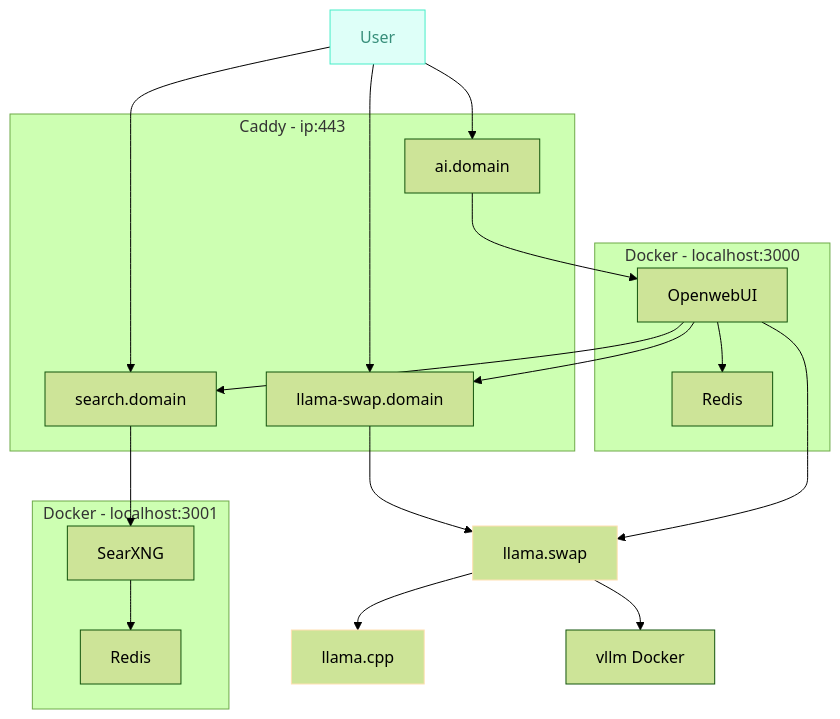
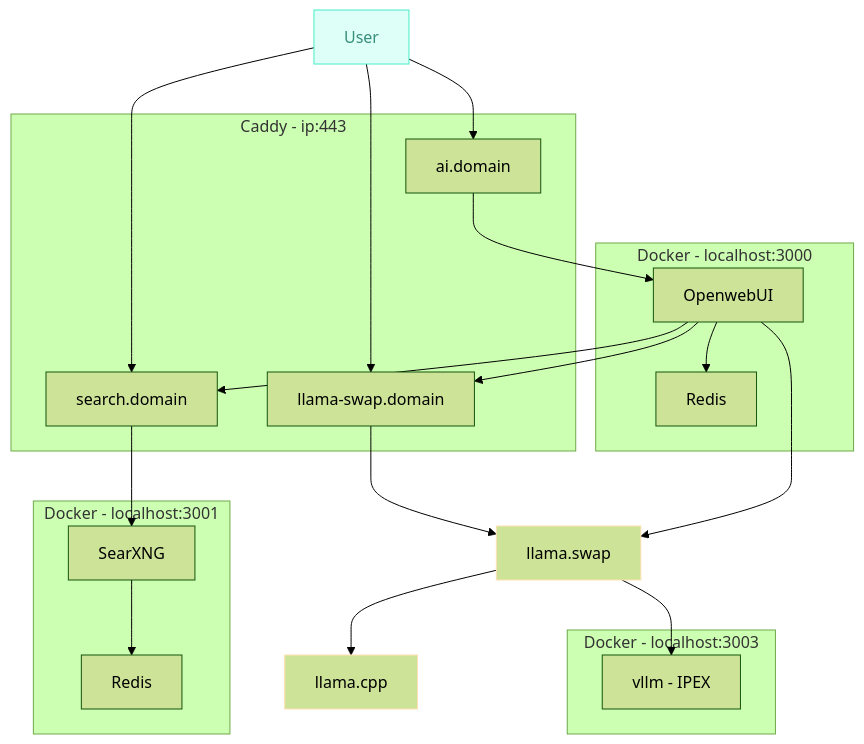
One commit to cycl00ps/ai-lab changed the diagram in README.md. Above: the diagram before and after it, drawn with Mermaid (forest theme).

````diff
--- a/README.md
+++ b/README.md
@@ -12,32 +12,35 @@
 ```mermaid
 flowchart TD
  subgraph subGraph0["Docker - localhost:3000"]
         B["Redis"]
         A["OpenwebUI"]
   end
  subgraph subGraph1["Docker - localhost:3001"]
         D["Redis"]
         C["SearXNG"]
   end
  subgraph subGraph2["Caddy - ip:443"]
         E["ai.domain"]
         H["search.domain"]
         J["llama-swap.domain"]
   end
+ subgraph subGraph3["Docker - localhost:3003"]
+        K["vllm - IPEX"]
+  end
     A --> B & F["llama.swap"] & H & J
     C --> D
     E --> A
     H --> C
     F --> G["llama.cpp"]
-    F --> K["vllm Docker"]
+    F --> K
     I["User"] --> E
     I["User"] --> H
     I --> J
     J --> F
 
      I:::Aqua
     classDef Aqua stroke-width:1px, stroke-dasharray:none, stroke:#46EDC8, fill:#DEFFF8, color:#378E7A
     style F stroke:#FFE0B2
     style G stroke:#FFE0B2
     style subGraph2 stroke:#FFE0B2```
 ```
````
